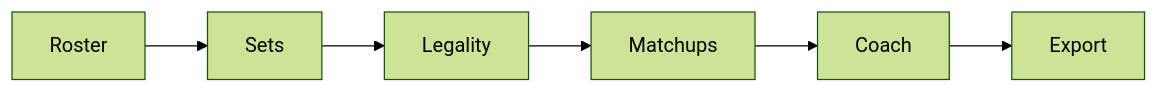
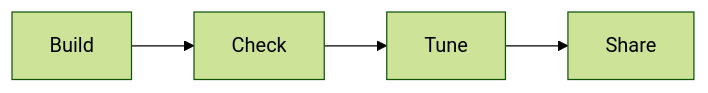
The second of 2 diagrams in docs/architecture.md (hudsonferraz/pokedex), drawn with Mermaid (forest theme) before and after one commit. The commit also changed other lines of this file and 24 other files, not shown here.

````diff
--- a/docs/architecture.md
+++ b/docs/architecture.md
@@ -77,8 +77,6 @@
 ```mermaid
 flowchart LR
-  Roster[Roster] --> Sets[Sets]
-  Sets --> Legality[Legality]
-  Legality --> Matchups[Matchups]
-  Matchups --> Coach[Coach]
-  Coach --> Export[Export]
+  Build[Build] --> Check[Check]
+  Check --> Tune[Tune]
+  Tune --> Share[Share]
 ```
````
